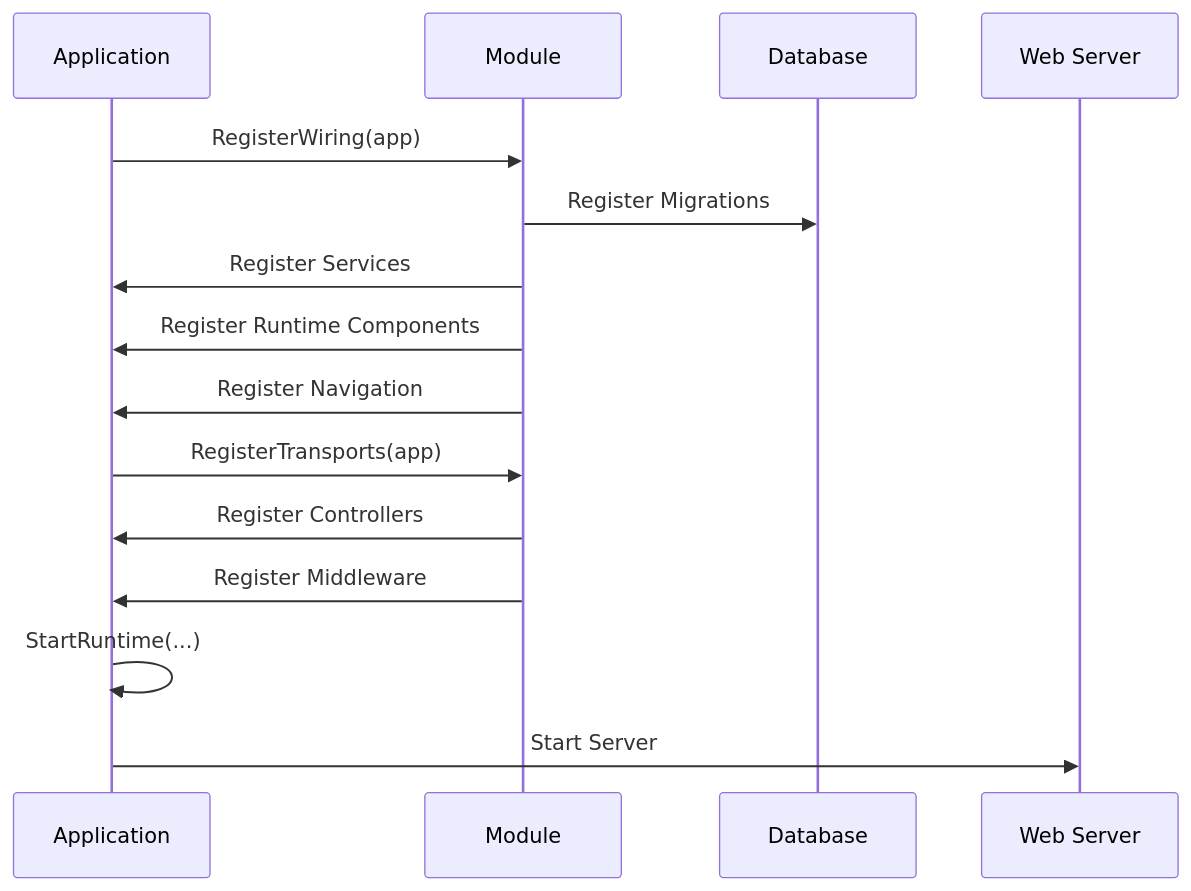
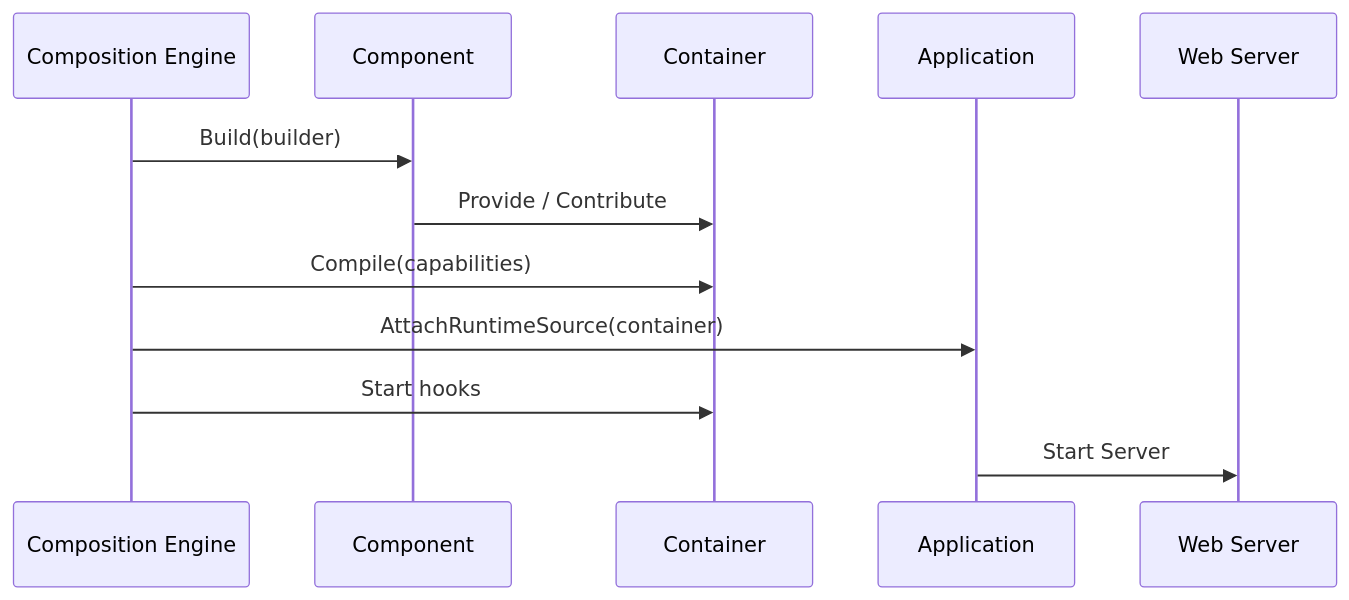
The third of 7 diagrams in docs/content/architecture/index.mdx (iota-uz/iota-sdk), drawn with Mermaid before and after one commit. The commit also changed other lines of this file and 14 other files, not shown here.

Commit message:
docs: update module and composition guides

````diff
--- a/docs/content/architecture/index.mdx
+++ b/docs/content/architecture/index.mdx
@@ -103,18 +103,15 @@
 ```mermaid
 sequenceDiagram
+    participant Engine as Composition Engine
+    participant Comp as Component
+    participant Container as Container
     participant App as Application
-    participant Mod as Module
-    participant DB as Database
     participant Web as Web Server
-    
-    App->>Mod: RegisterWiring(app)
-    Mod->>DB: Register Migrations
-    Mod->>App: Register Services
-    Mod->>App: Register Runtime Components
-    Mod->>App: Register Navigation
-    App->>Mod: RegisterTransports(app)
-    Mod->>App: Register Controllers
-    Mod->>App: Register Middleware
-    App->>App: StartRuntime(...)
+
+    Engine->>Comp: Build(builder)
+    Comp->>Container: Provide / Contribute
+    Engine->>Container: Compile(capabilities)
+    Engine->>App: AttachRuntimeSource(container)
+    Engine->>Container: Start hooks
     App->>Web: Start Server
 ```
````
